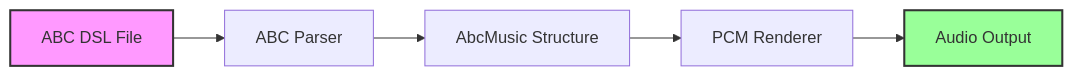
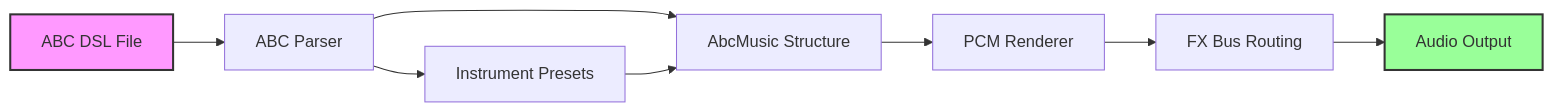
The first of 2 diagrams in docs/audio-abc-dsl.md (chussenot/memdeck), drawn with Mermaid before and after one commit. The commit also changed other lines of this file and 2 other files, not shown here.

First line of the commit message:
Update documentation: move %%instrument and numbered FX buses from future to implemented

````diff
--- a/docs/audio-abc-dsl.md
+++ b/docs/audio-abc-dsl.md
@@ -15,16 +15,21 @@
 ```mermaid
 flowchart LR
     ABC[ABC DSL File]
     Parser[ABC Parser]
+    Instr[Instrument Presets]
     Song[AbcMusic Structure]
     PCM[PCM Renderer]
+    FXBus[FX Bus Routing]
     Output[Audio Output]
     
     ABC --> Parser
+    Parser --> Instr
     Parser --> Song
+    Instr --> Song
     Song --> PCM
-    PCM --> Output
+    PCM --> FXBus
+    FXBus --> Output
     
     style ABC fill:#f9f,stroke:#333,stroke-width:2px
     style Output fill:#9f9,stroke:#333,stroke-width:2px
 ```
````
